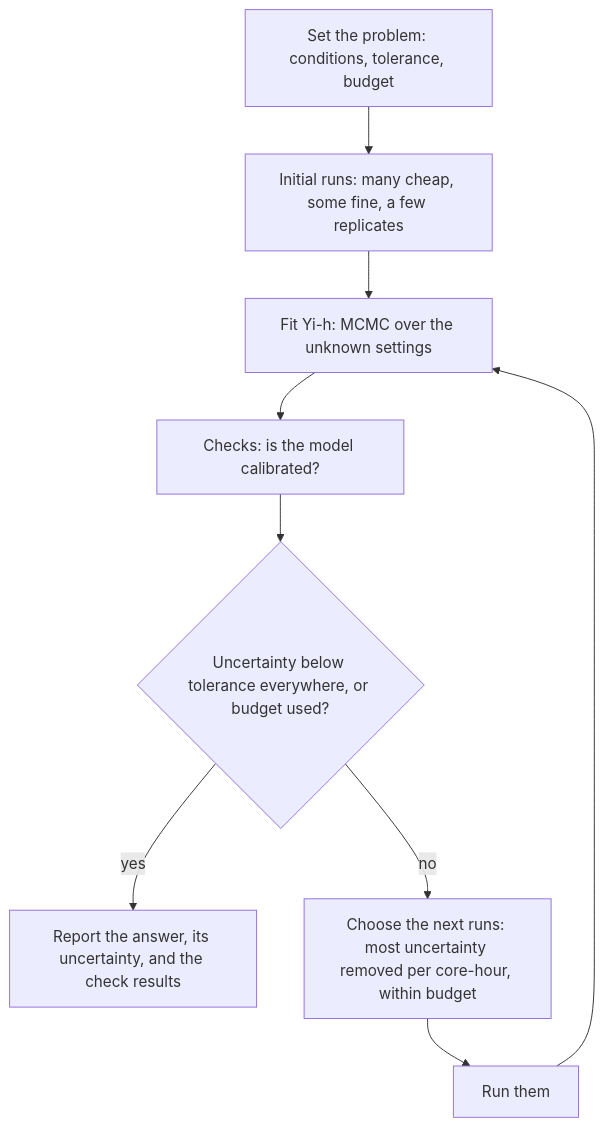
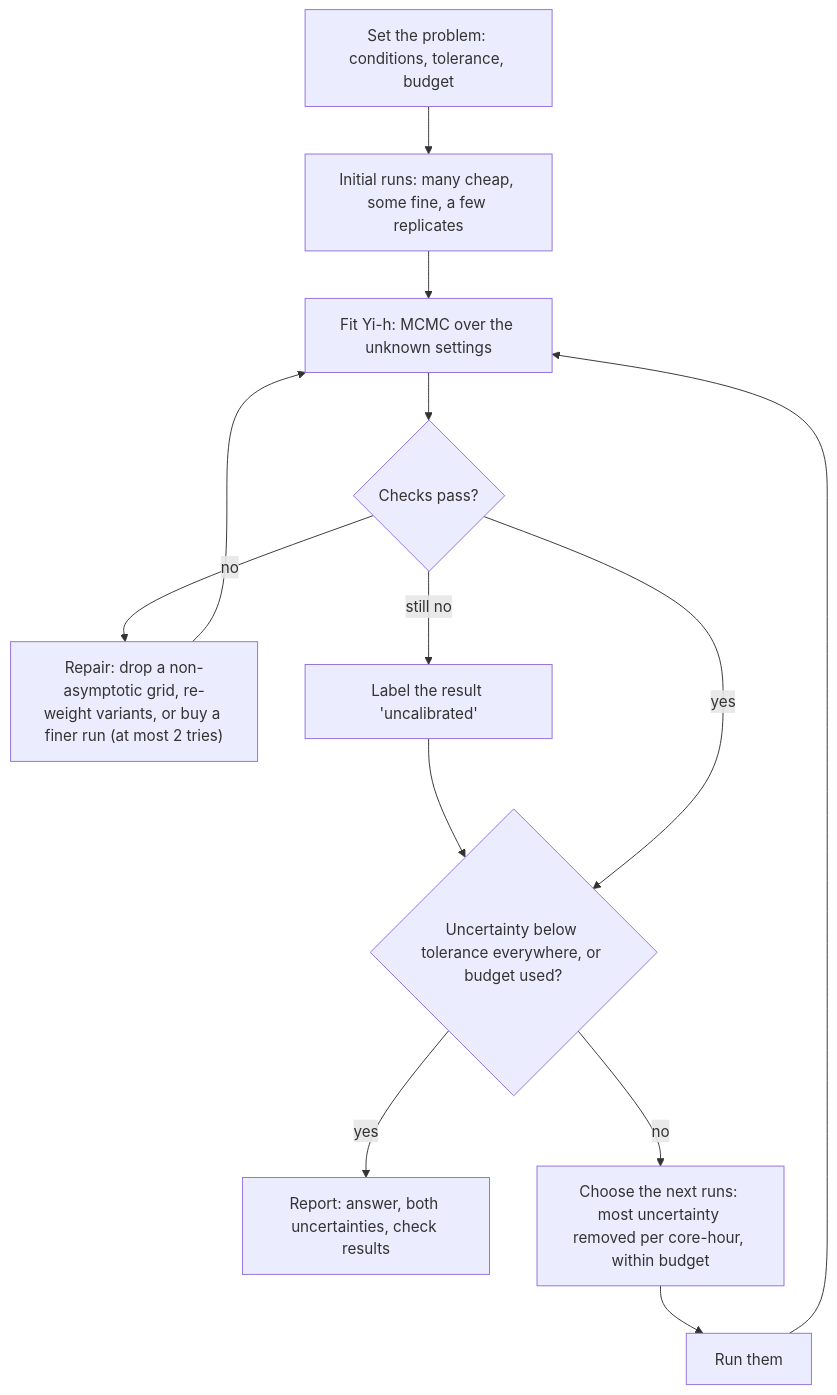
One commit to rcsc-group/multi-fidelity-bioreactor changed the diagram in docs/yi_h_guide.md. Above: the diagram before and after it, drawn with Mermaid. The commit also changed other lines of this file and 4 other files, not shown here.

````diff
--- a/docs/yi_h_guide.md
+++ b/docs/yi_h_guide.md
@@ -172,11 +233,15 @@
 ```mermaid
 flowchart TD
   A["Set the problem: conditions, tolerance, budget"] --> B["Initial runs: many cheap, some fine, a few replicates"]
   B --> C["Fit Yi-h: MCMC over the unknown settings"]
-  C --> D["Checks: is the model calibrated?"]
-  D --> E{"Uncertainty below tolerance everywhere, or budget used?"}
-  E -- "yes" --> F["Report the answer, its uncertainty, and the check results"]
+  C --> D{"Checks pass?"}
+  D -- "no" --> R["Repair: drop a non-asymptotic grid, re-weight variants, or buy a finer run (at most 2 tries)"]
+  R --> C
+  D -- "still no" --> U["Label the result 'uncalibrated'"]
+  U --> E
+  D -- "yes" --> E{"Uncertainty below tolerance everywhere, or budget used?"}
+  E -- "yes" --> F["Report: answer, both uncertainties, check results"]
   E -- "no" --> G["Choose the next runs: most uncertainty removed per core-hour, within budget"]
   G --> H["Run them"]
   H --> C
 ```
````
